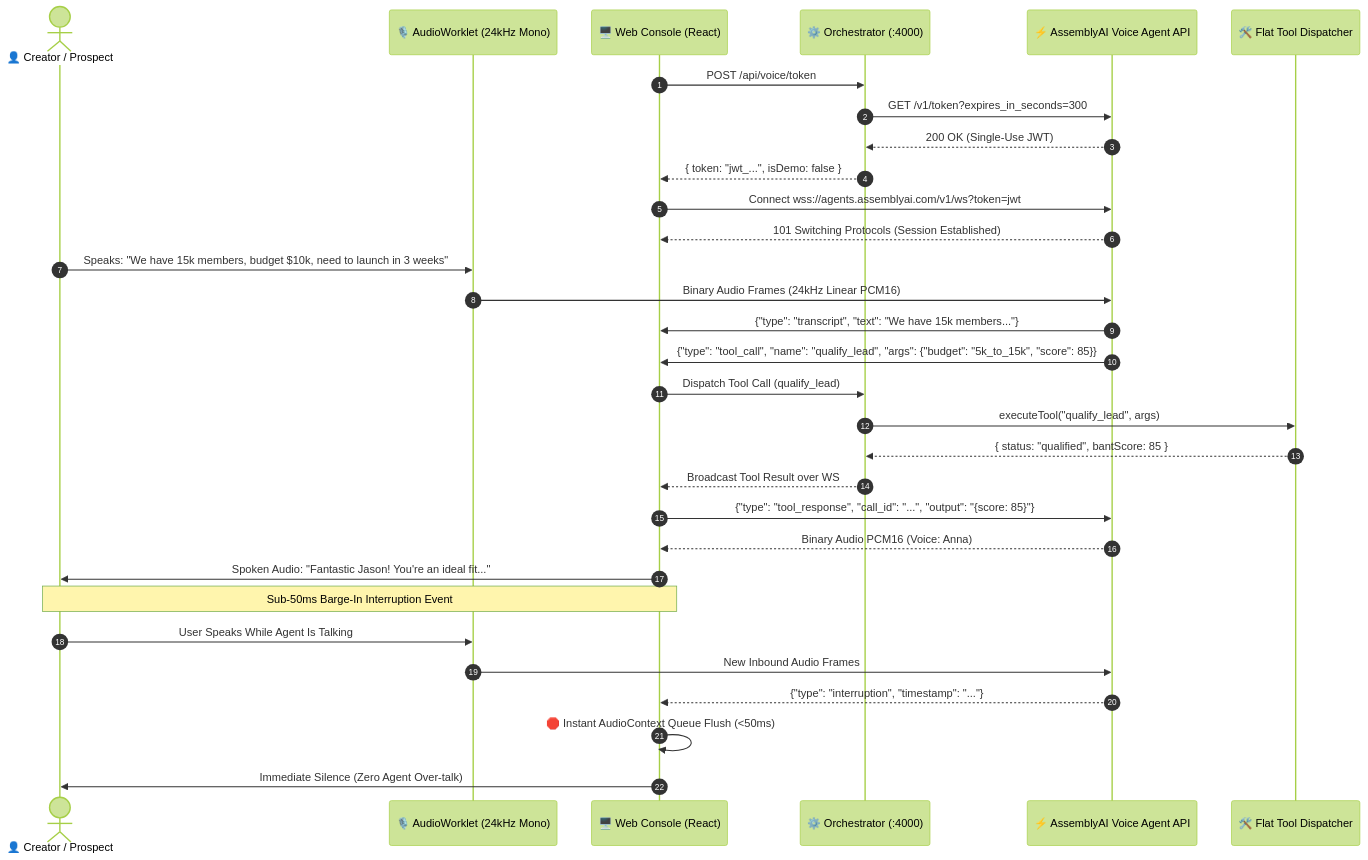
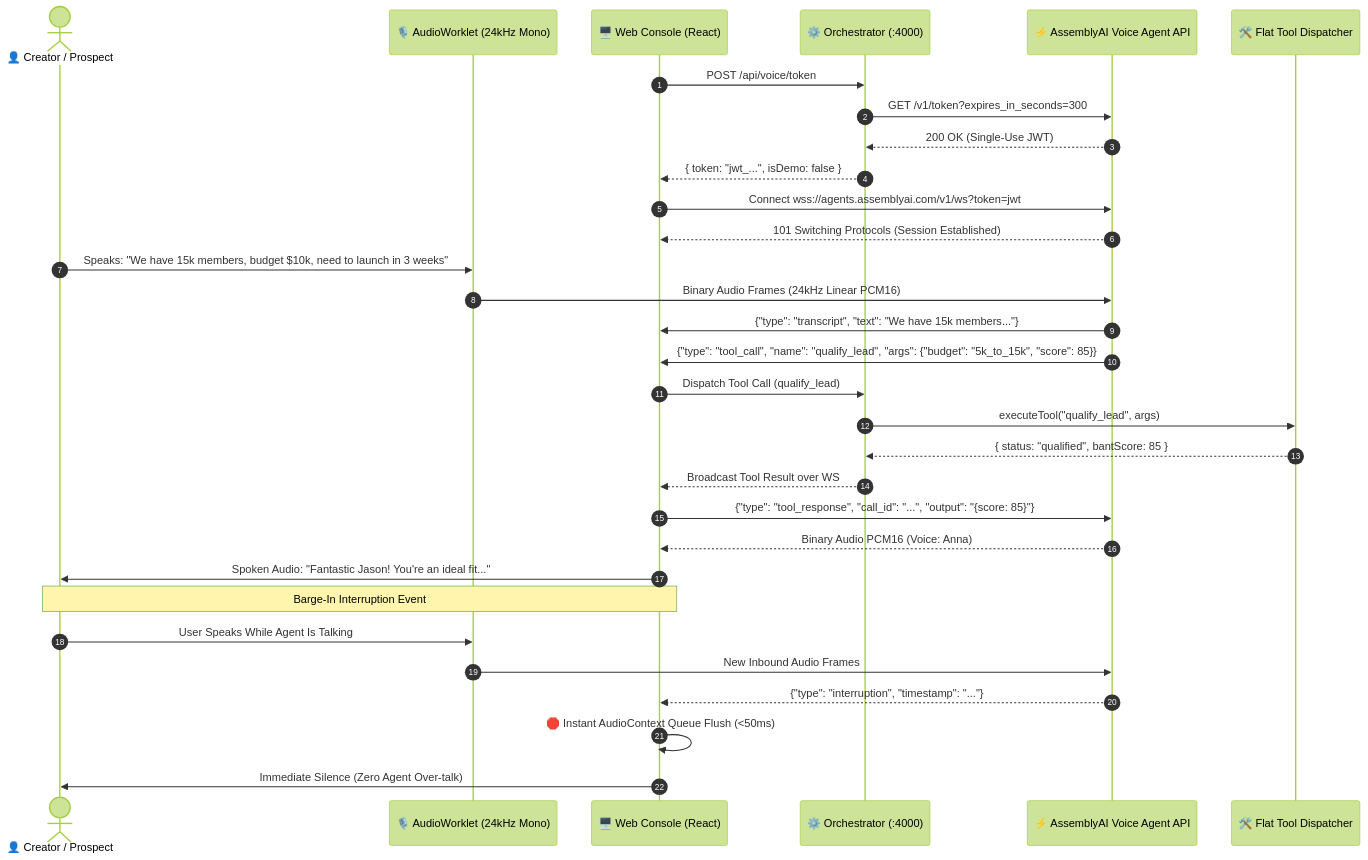
Before and after one commit to dev4-gpt/VoiceAI: the third of 8 diagrams in README.md, drawn with Mermaid (forest theme). The commit also changed other lines of this file and 15 other files, not shown here.

````diff
--- a/README.md
+++ b/README.md
@@ -314,39 +314,39 @@
 ```mermaid
 sequenceDiagram
     autonumber
     actor User as 👤 Creator / Prospect
     participant Worklet as 🎙️ AudioWorklet (24kHz Mono)
     participant Console as 🖥️ Web Console (React)
     participant Orch as ⚙️ Orchestrator (:4000)
     participant AAI as ⚡ AssemblyAI Voice Agent API
     participant Tool as 🛠️ Flat Tool Dispatcher
 
     Console->>Orch: POST /api/voice/token
     Orch->>AAI: GET /v1/token?expires_in_seconds=300
     AAI-->>Orch: 200 OK (Single-Use JWT)
     Orch-->>Console: { token: "jwt_...", isDemo: false }
 
     Console->>AAI: Connect wss://agents.assemblyai.com/v1/ws?token=jwt
     AAI-->>Console: 101 Switching Protocols (Session Established)
 
     User->>Worklet: Speaks: "We have 15k members, budget $10k, need to launch in 3 weeks"
     Worklet->>AAI: Binary Audio Frames (24kHz Linear PCM16)
     AAI->>Console: {"type": "transcript", "text": "We have 15k members..."}
     AAI->>Console: {"type": "tool_call", "name": "qualify_lead", "args": {"budget": "5k_to_15k", "score": 85}}
     
     Console->>Orch: Dispatch Tool Call (qualify_lead)
     Orch->>Tool: executeTool("qualify_lead", args)
     Tool-->>Orch: { status: "qualified", bantScore: 85 }
     Orch-->>Console: Broadcast Tool Result over WS
     Console->>AAI: {"type": "tool_response", "call_id": "...", "output": "{score: 85}"}
 
     AAI-->>Console: Binary Audio PCM16 (Voice: Anna)
     Console->>User: Spoken Audio: "Fantastic Jason! You're an ideal fit..."
 
-    Note over User,Console: Sub-50ms Barge-In Interruption Event
+    Note over User,Console: Barge-In Interruption Event
     User->>Worklet: User Speaks While Agent Is Talking
     Worklet->>AAI: New Inbound Audio Frames
     AAI-->>Console: {"type": "interruption", "timestamp": "..."}
     Console->>Console: 🛑 Instant AudioContext Queue Flush (<50ms)
     Console->>User: Immediate Silence (Zero Agent Over-talk)
 ```
````
